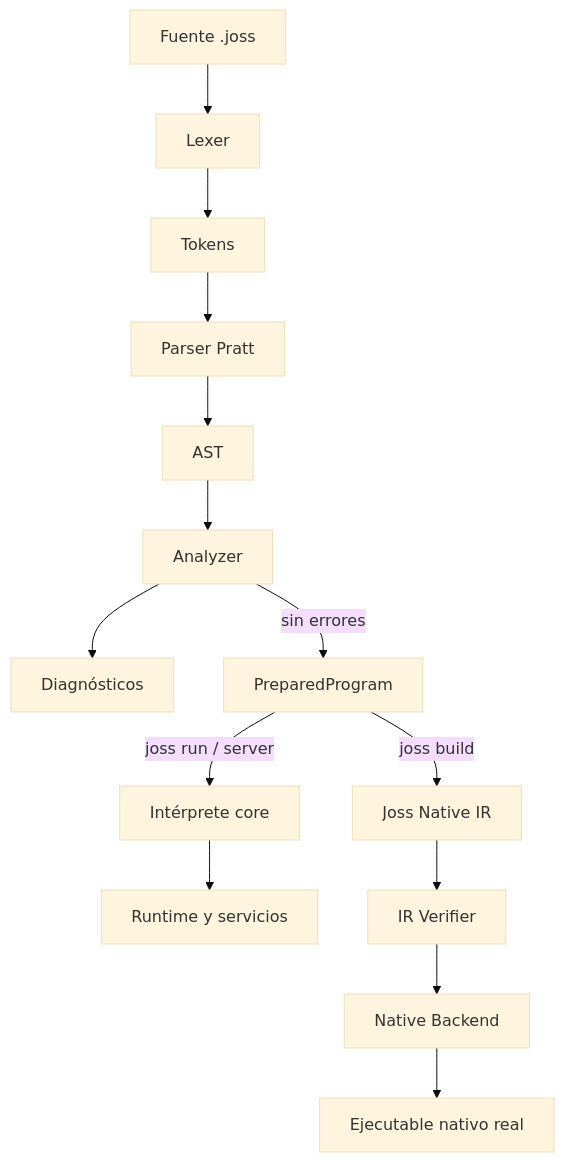
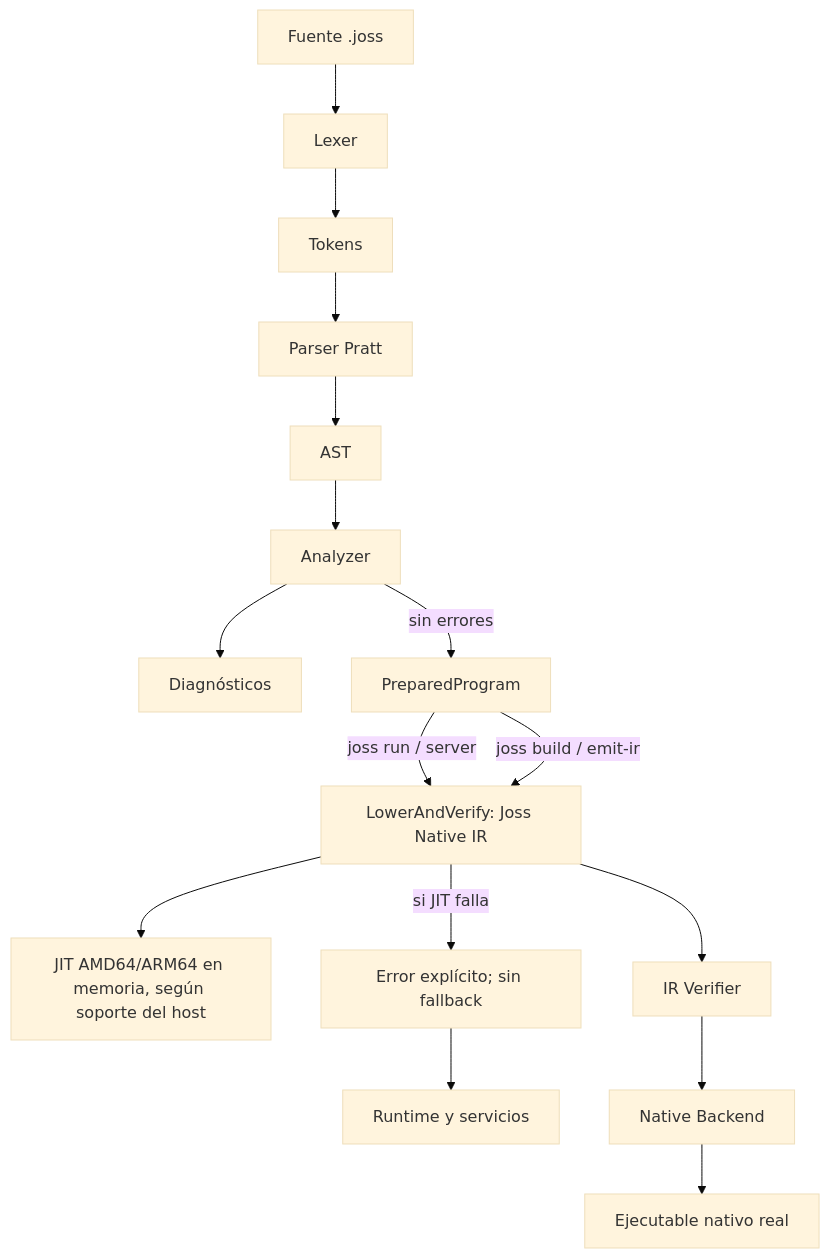
The diagram in docs/ARQUITECTURA.md (joss-language/Joss-Programming-Language), drawn with Mermaid (base theme) before and after one commit. The commit also changed other lines of this file and 116 other files, not shown here.

````diff
--- a/docs/ARQUITECTURA.md
+++ b/docs/ARQUITECTURA.md
@@ -25,16 +24,18 @@
 ```mermaid
 flowchart TD
     S["Fuente .joss"] --> L["Lexer"]
     L --> T["Tokens"]
     T --> P["Parser Pratt"]
     P --> A["AST"]
     A --> N["Analyzer"]
     N --> D["Diagnósticos"]
     N -->|sin errores| PP["PreparedProgram"]
-    PP -->|joss run / server| E["Intérprete core"]
+    PP -->|joss run / server| IR["LowerAndVerify: Joss Native IR"]
+    IR --> JIT["JIT AMD64/ARM64 en memoria, según soporte del host"]
+    IR -->|si JIT falla| E["Error explícito; sin fallback"]
     E --> R["Runtime y servicios"]
-    PP -->|joss build| IR["Joss Native IR"]
+    PP -->|joss build / emit-ir| IR
     IR --> V["IR Verifier"]
     V --> NB["Native Backend"]
     NB --> EXE["Ejecutable nativo real"]
 ```
````
